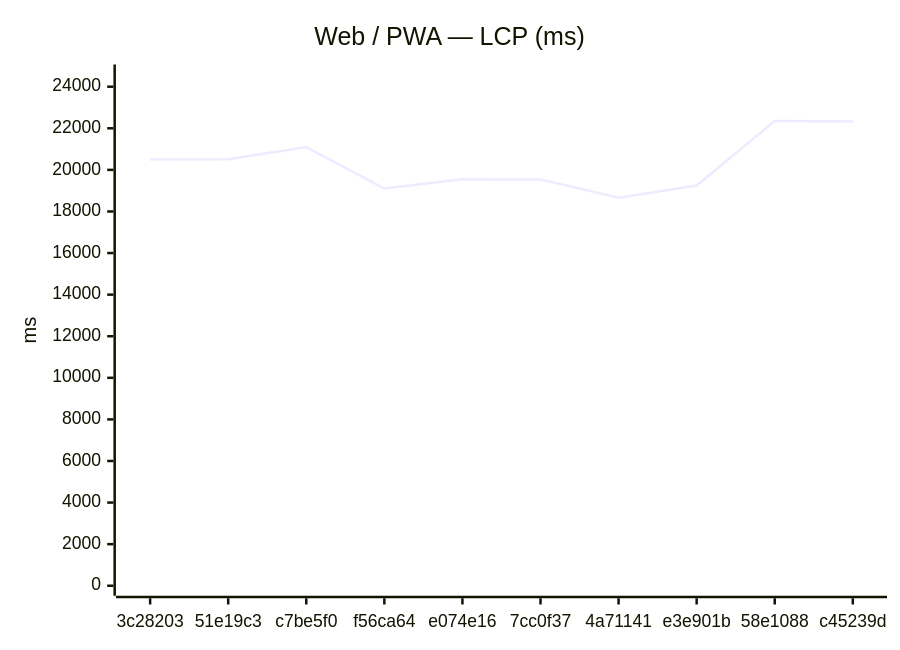
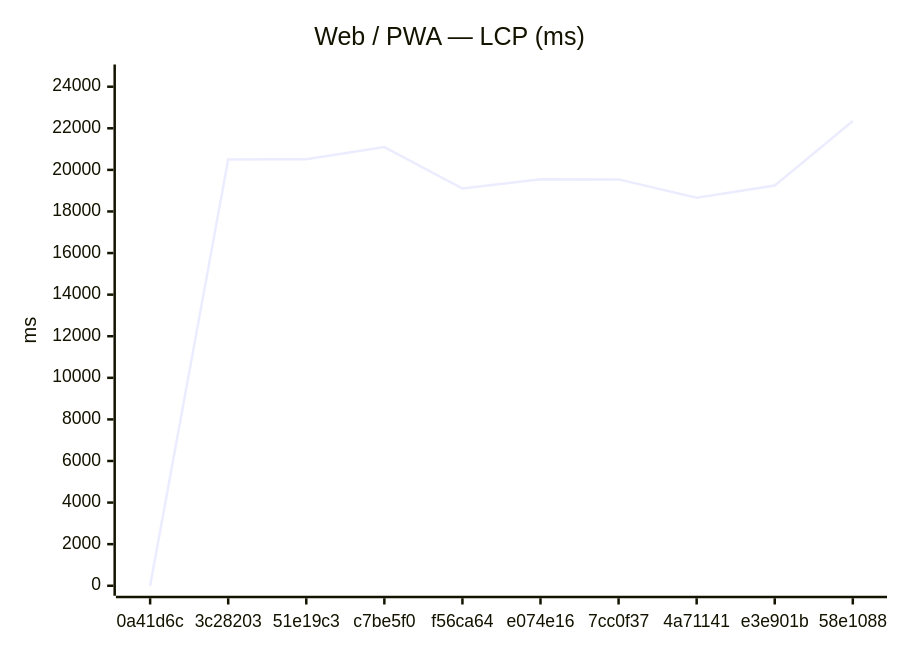
One commit to Metaheurist/Rianell changed the first of 18 diagrams in benchmarks/compare.md. Above: the diagram before and after it, drawn with Mermaid. The commit also changed other lines of this file and 11 other files, not shown here.

````diff
--- a/benchmarks/compare.md
+++ b/benchmarks/compare.md
@@ -24,7 +24,7 @@
 ```mermaid
 xychart-beta
     title "Web / PWA — LCP (ms)"
-    x-axis ["3c28203", "51e19c3", "c7be5f0", "f56ca64", "e074e16", "7cc0f37", "4a71141", "e3e901b", "58e1088", "c45239d"]
+    x-axis ["0a41d6c", "3c28203", "51e19c3", "c7be5f0", "f56ca64", "e074e16", "7cc0f37", "4a71141", "e3e901b", "58e1088"]
     y-axis "ms" 0 --> 24587
-    line [20503, 20509, 21095, 19101, 19549, 19542, 18663, 19248, 22351, 22326]
+    line [0, 20503, 20509, 21095, 19101, 19549, 19542, 18663, 19248, 22351]
 ```
````
